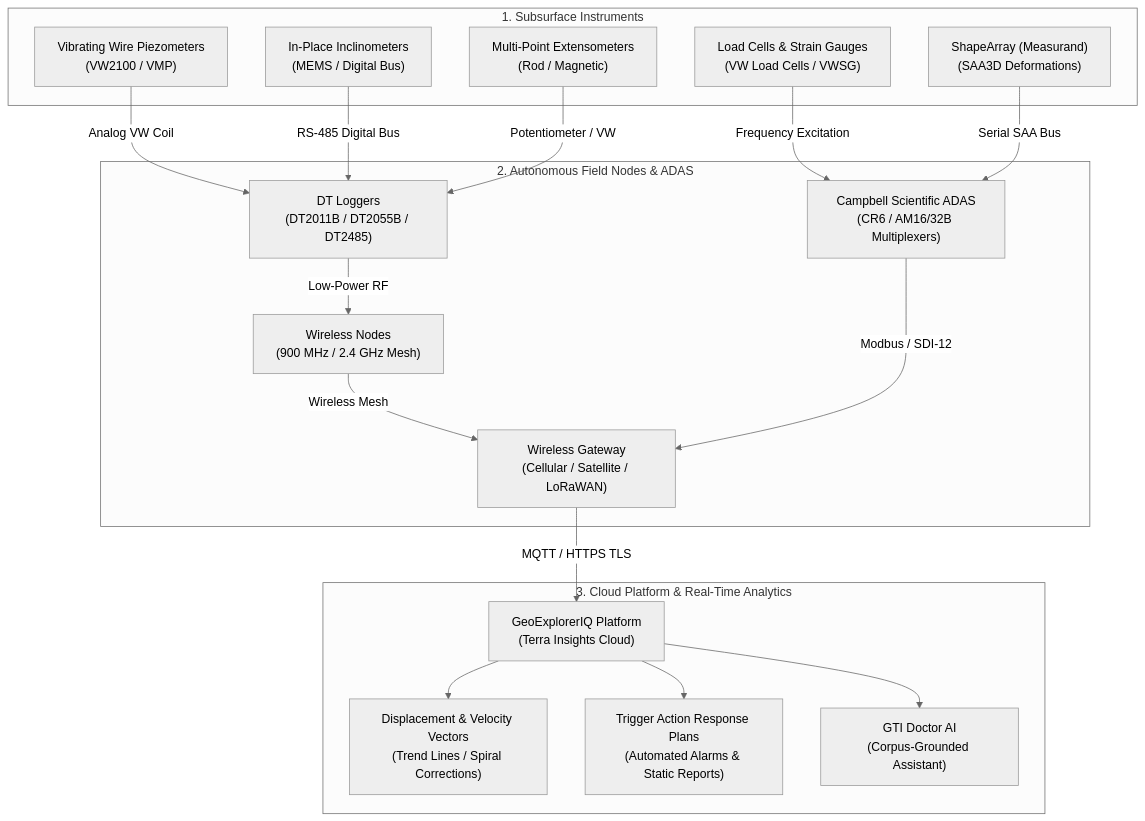
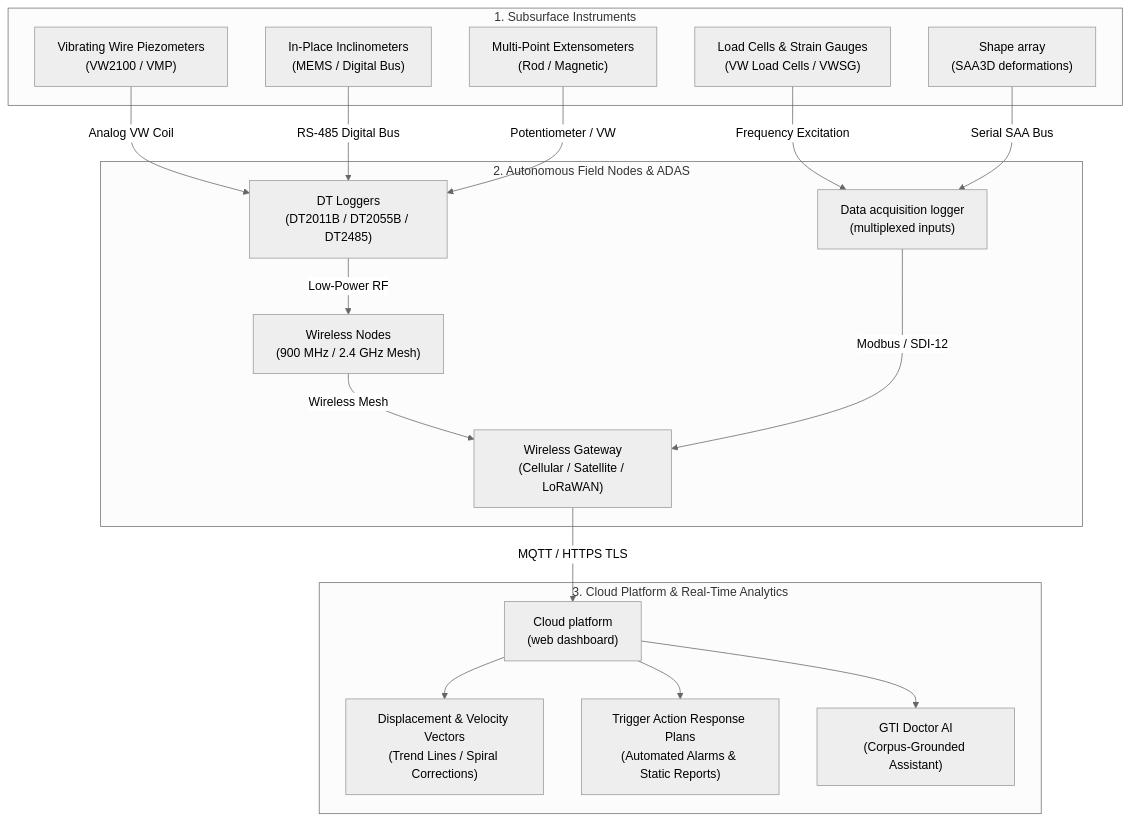
The diagram in docs/visualizer.md (geoinst/geoinst.github.io), drawn with Mermaid (neutral theme) before and after one commit. The commit also changed 20 other files, not shown here.

````diff
--- a/docs/visualizer.md
+++ b/docs/visualizer.md
@@ -226,39 +226,39 @@
 ```mermaid
 graph TD
     subgraph Subsurface_Sensors["1. Subsurface Instruments"]
         VWP["Vibrating Wire Piezometers<br/>(VW2100 / VMP)"]
         IPI["In-Place Inclinometers<br/>(MEMS / Digital Bus)"]
         MPBX["Multi-Point Extensometers<br/>(Rod / Magnetic)"]
         LC["Load Cells & Strain Gauges<br/>(VW Load Cells / VWSG)"]
-        SAA["ShapeArray (Measurand)<br/>(SAA3D Deformations)"]
+        SAA["Shape array<br/>(SAA3D deformations)"]
     end
 
     subgraph Field_Logging_Telemetry["2. Autonomous Field Nodes & ADAS"]
         DT["DT Loggers<br/>(DT2011B / DT2055B / DT2485)"]
         L900["Wireless Nodes<br/>(900 MHz / 2.4 GHz Mesh)"]
-        CR6["Campbell Scientific ADAS<br/>(CR6 / AM16/32B Multiplexers)"]
+        CR6["Data acquisition logger<br/>(multiplexed inputs)"]
         HUB["Wireless Gateway<br/>(Cellular / Satellite / LoRaWAN)"]
     end
 
     subgraph Cloud_Intelligence["3. Cloud Platform & Real-Time Analytics"]
-        GEO["GeoExplorerIQ Platform<br/>(Terra Insights Cloud)"]
+        GEO["Cloud platform<br/>(web dashboard)"]
         CALC["Displacement & Velocity Vectors<br/>(Trend Lines / Spiral Corrections)"]
         TARP["Trigger Action Response Plans<br/>(Automated Alarms & Static Reports)"]
         GTI["GTI Doctor AI<br/>(Corpus-Grounded Assistant)"]
     end
 
     VWP -->|Analog VW Coil| DT
     IPI -->|RS-485 Digital Bus| DT
     MPBX -->|Potentiometer / VW| DT
     LC -->|Frequency Excitation| CR6
     SAA -->|Serial SAA Bus| CR6
 
     DT -->|Low-Power RF| L900
     L900 -->|Wireless Mesh| HUB
     CR6 -->|Modbus / SDI-12| HUB
     
     HUB -->|MQTT / HTTPS TLS| GEO
     GEO --> CALC
     GEO --> TARP
     GEO --> GTI
 ```
````
